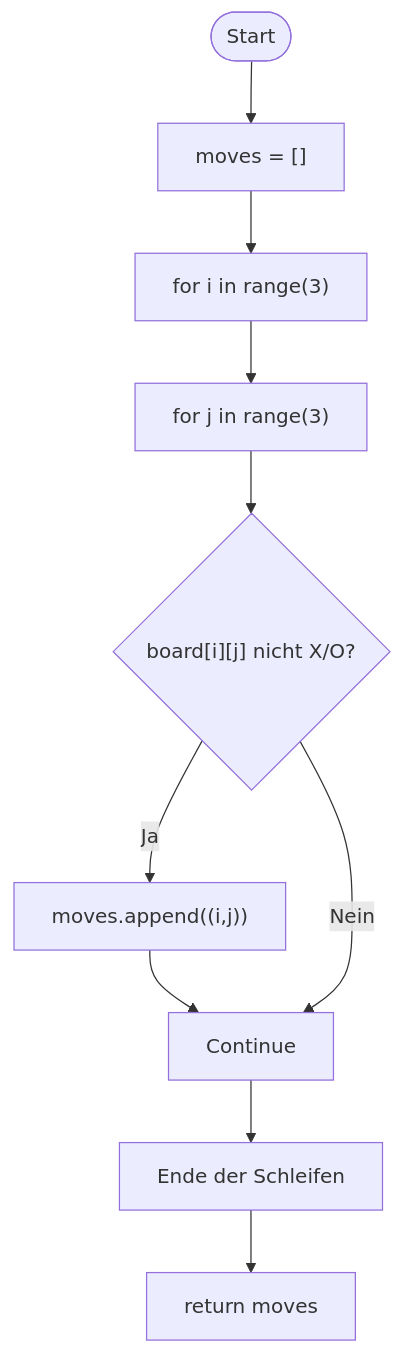
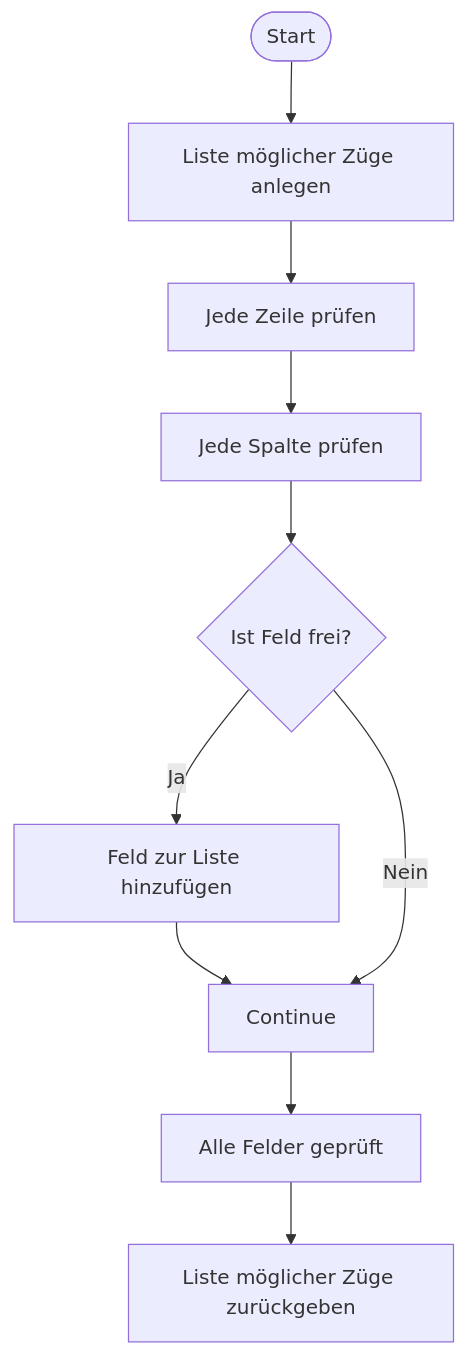
One commit to Finn965/Informatik-1-Softwareprojekt changed the eighth of 13 diagrams in flowchart.md. Above: the diagram before and after it, drawn with Mermaid. The commit also changed other lines of this file, not shown here.

````diff
--- a/flowchart.md
+++ b/flowchart.md
@@ -163,13 +163,13 @@
 ```mermaid
 flowchart TD
     Start([Start])
-    Start --> Init["moves = []"]
-    Init --> ForI["for i in range(3)"]
-    ForI --> ForJ["for j in range(3)"]
-    ForJ --> Check{"board[i][j] nicht X/O?"}
-    Check -- Ja --> Add["moves.append((i,j))"]
+    Start --> Init["Liste möglicher Züge anlegen"]
+    Init --> ForI["Jede Zeile prüfen"]
+    ForI --> ForJ["Jede Spalte prüfen"]
+    ForJ --> Check{"Ist Feld frei?"}
+    Check -- Ja --> Add["Feld zur Liste hinzufügen"]
     Add --> Continue
     Check -- Nein --> Continue
-    Continue --> EndLoops["Ende der Schleifen"]
-    EndLoops --> Return["return moves"]
+    Continue --> EndLoops["Alle Felder geprüft"]
+    EndLoops --> Return["Liste möglicher Züge zurückgeben"]
 ```
````
